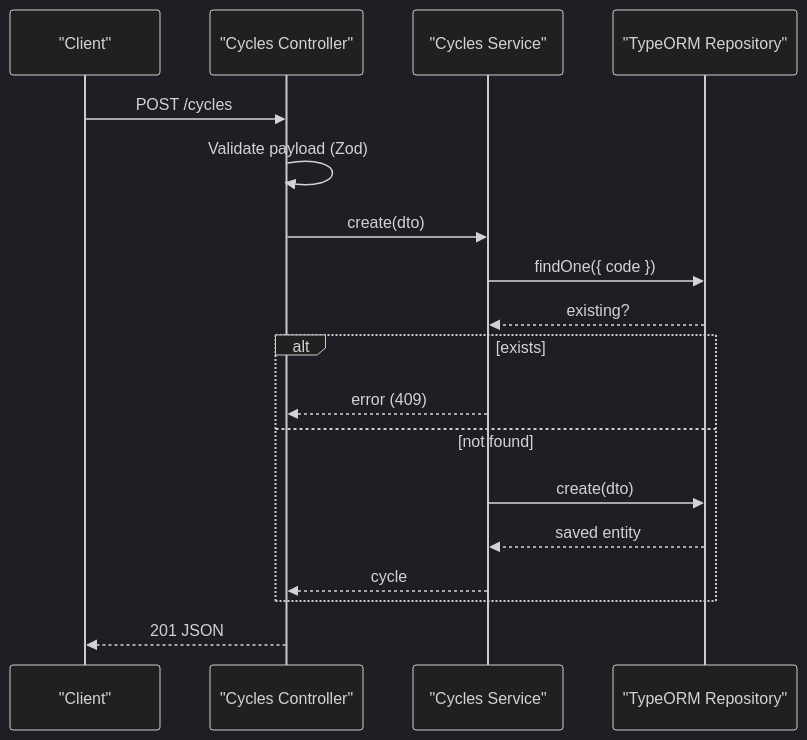
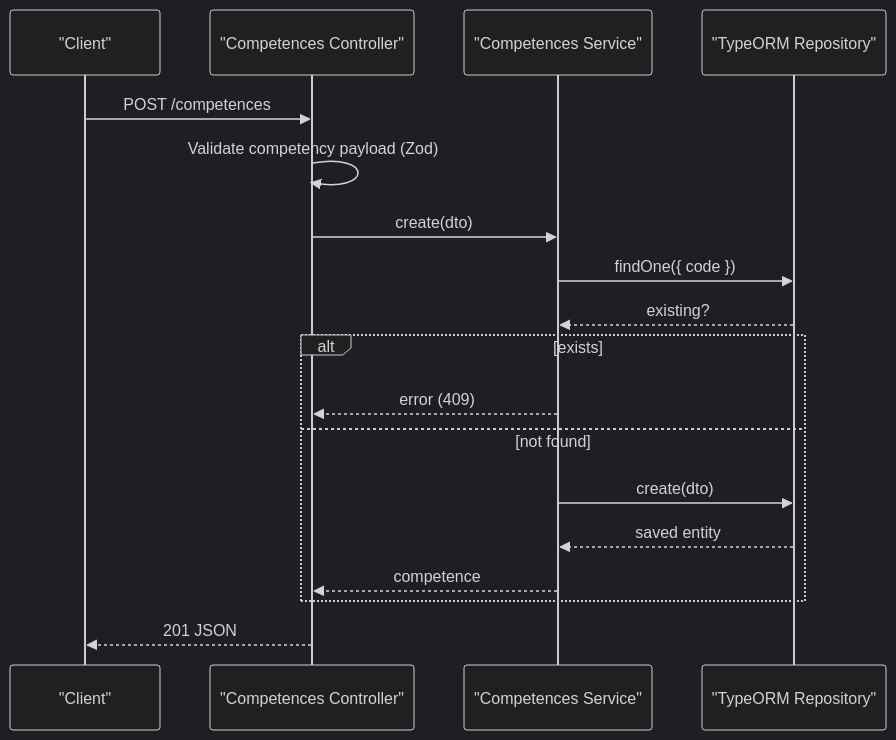
The second of 10 diagrams in .qoder/repowiki/en/content/Modules & Features/Academic Modules/Curriculum Structure (Cycles & Levels).md (franckylab/eLISAschool), drawn with Mermaid (dark theme) before and after one commit. The commit also changed other lines of this file and 77 other files, not shown here.

````diff
--- a/.qoder/repowiki/en/content/Modules & Features/Academic Modules/Curriculum Structure (Cycles & Levels).md
+++ b/.qoder/repowiki/en/content/Modules & Features/Academic Modules/Curriculum Structure (Cycles & Levels).md
@@ -116,20 +159,20 @@
 ```mermaid
 sequenceDiagram
 participant Client as "Client"
-participant Ctrl as "Cycles Controller"
-participant Svc as "Cycles Service"
+participant Ctrl as "Competences Controller"
+participant Svc as "Competences Service"
 participant Repo as "TypeORM Repository"
-Client->>Ctrl : POST /cycles
-Ctrl->>Ctrl : Validate payload (Zod)
+Client->>Ctrl : POST /competences
+Ctrl->>Ctrl : Validate competency payload (Zod)
 Ctrl->>Svc : create(dto)
 Svc->>Repo : findOne({ code })
 Repo-->>Svc : existing?
 alt exists
 Svc-->>Ctrl : error (409)
 else not found
 Svc->>Repo : create(dto)
 Repo-->>Svc : saved entity
-Svc-->>Ctrl : cycle
+Svc-->>Ctrl : competence
 end
 Ctrl-->>Client : 201 JSON
 ```
````
